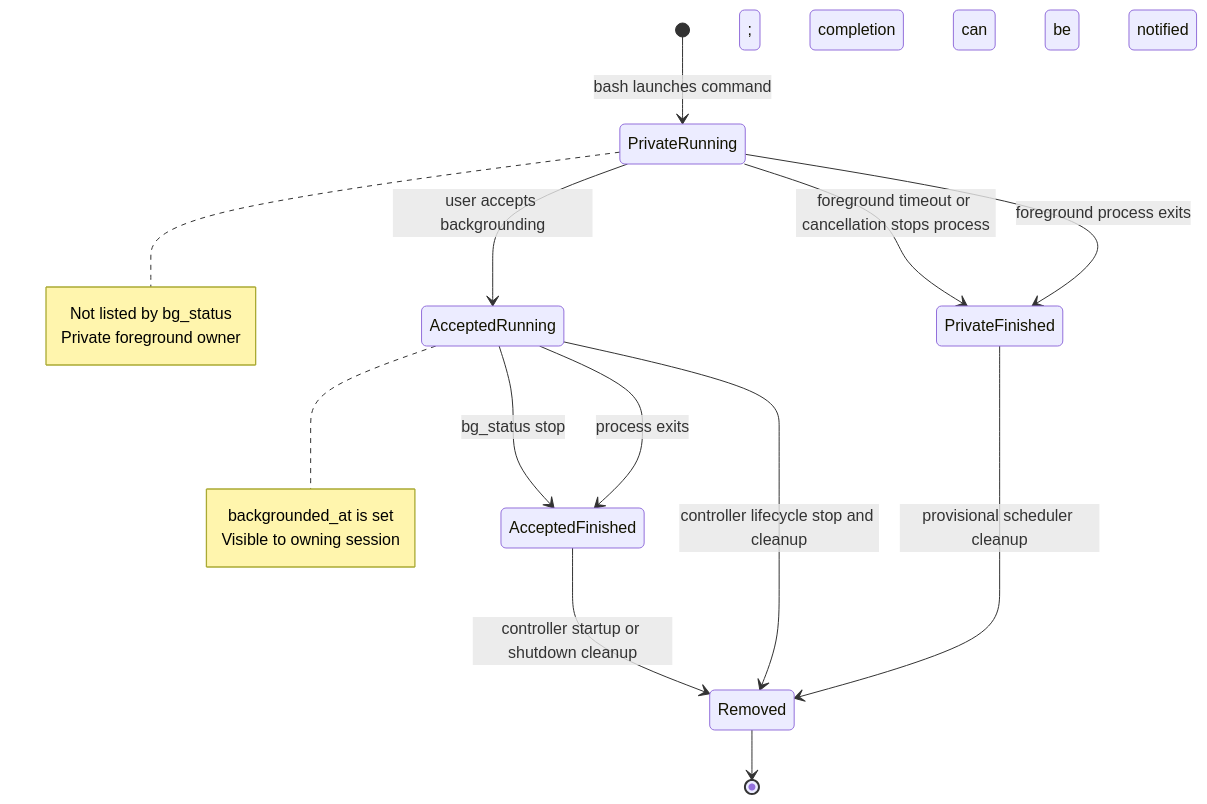
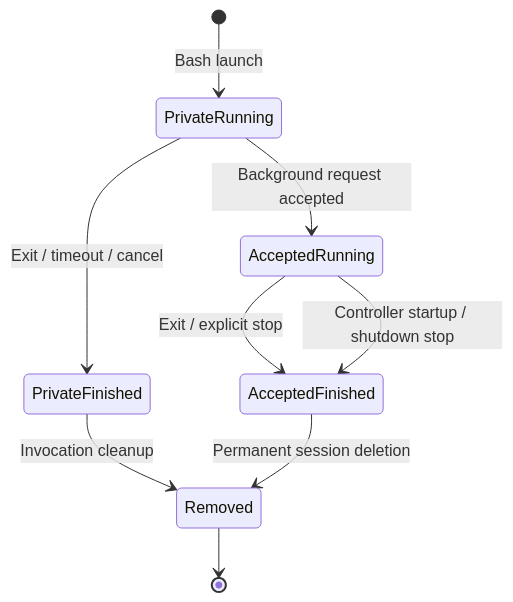
Before and after one commit to ineersa/agent-core: the first of 2 diagrams in architecture/backgrounding.md, drawn with Mermaid. The commit also changed other lines of this file and 43 other files, not shown here.

Commit message:
Refresh operational guides and runtime architecture documentation

````diff
--- a/architecture/backgrounding.md
+++ b/architecture/backgrounding.md
@@ -58,21 +11,11 @@
 ```mermaid
 stateDiagram-v2
-    [*] --> PrivateRunning: bash launches command
-    PrivateRunning --> PrivateFinished: foreground process exits
-    PrivateRunning --> AcceptedRunning: user accepts backgrounding
-    PrivateRunning --> PrivateFinished: foreground timeout or cancellation stops process
-    PrivateFinished --> Removed: provisional scheduler cleanup
-    AcceptedRunning --> AcceptedFinished: process exits; completion can be notified
-    AcceptedRunning --> AcceptedFinished: bg_status stop
-    AcceptedRunning --> Removed: controller lifecycle stop and cleanup
-    AcceptedFinished --> Removed: controller startup or shutdown cleanup
+    [*] --> PrivateRunning: Bash launch
+    PrivateRunning --> PrivateFinished: Exit / timeout / cancel
+    PrivateRunning --> AcceptedRunning: Background request accepted
+    PrivateFinished --> Removed: Invocation cleanup
+    AcceptedRunning --> AcceptedFinished: Exit / explicit stop
+    AcceptedRunning --> AcceptedFinished: Controller startup / shutdown stop
+    AcceptedFinished --> Removed: Permanent session deletion
     Removed --> [*]
-    note right of PrivateRunning
-        Not listed by bg_status
-        Private foreground owner
-    end note
-    note right of AcceptedRunning
-        backgrounded_at is set
-        Visible to owning session
-    end note
 ```
````
